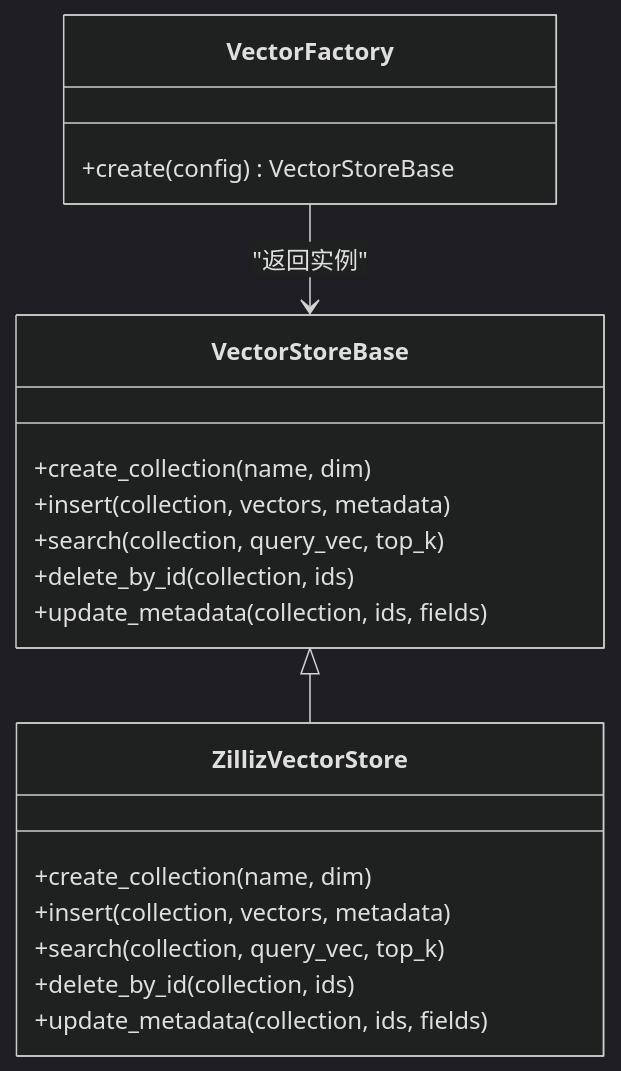
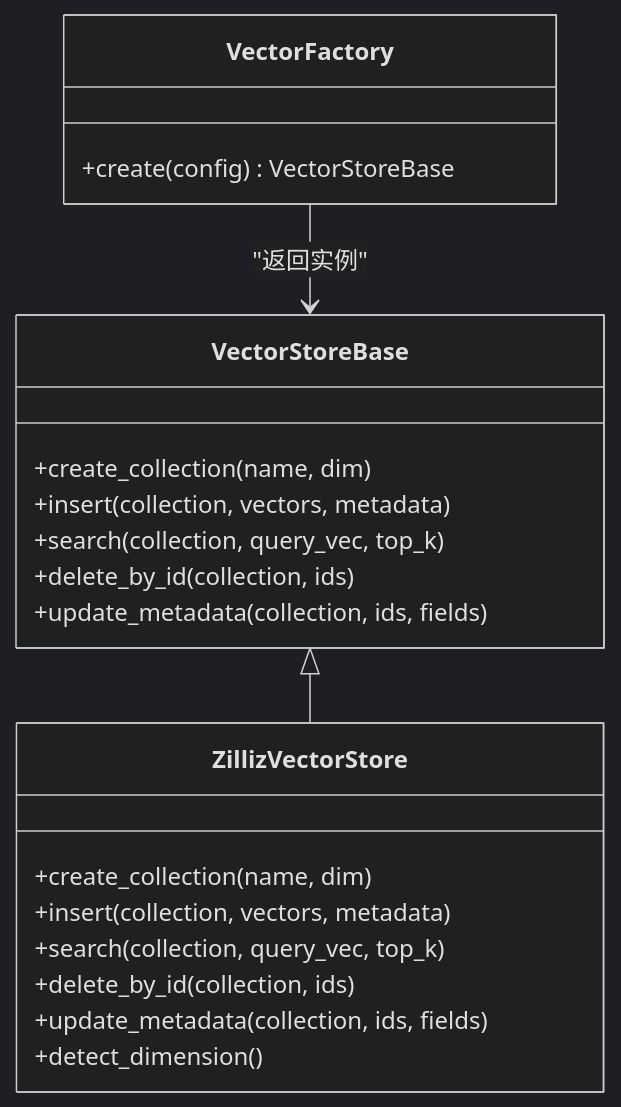
The fourth of 7 diagrams in .qoder/repowiki/zh/content/核心模块详解/RAG检索系统.md (zmdhdu/NexusCockpit), drawn with Mermaid (dark theme) before and after one commit. The commit also changed other lines of this file and 21 other files, not shown here.

````diff
--- a/.qoder/repowiki/zh/content/核心模块详解/RAG检索系统.md
+++ b/.qoder/repowiki/zh/content/核心模块详解/RAG检索系统.md
@@ -214,22 +231,23 @@
 ```mermaid
 classDiagram
 class VectorStoreBase {
 +create_collection(name, dim)
 +insert(collection, vectors, metadata)
 +search(collection, query_vec, top_k)
 +delete_by_id(collection, ids)
 +update_metadata(collection, ids, fields)
 }
 class VectorFactory {
 +create(config) VectorStoreBase
 }
 class ZillizVectorStore {
 +create_collection(name, dim)
 +insert(collection, vectors, metadata)
 +search(collection, query_vec, top_k)
 +delete_by_id(collection, ids)
 +update_metadata(collection, ids, fields)
++detect_dimension()
 }
 VectorStoreBase <|-- ZillizVectorStore
 VectorFactory --> VectorStoreBase : "返回实例"
 ```
````
